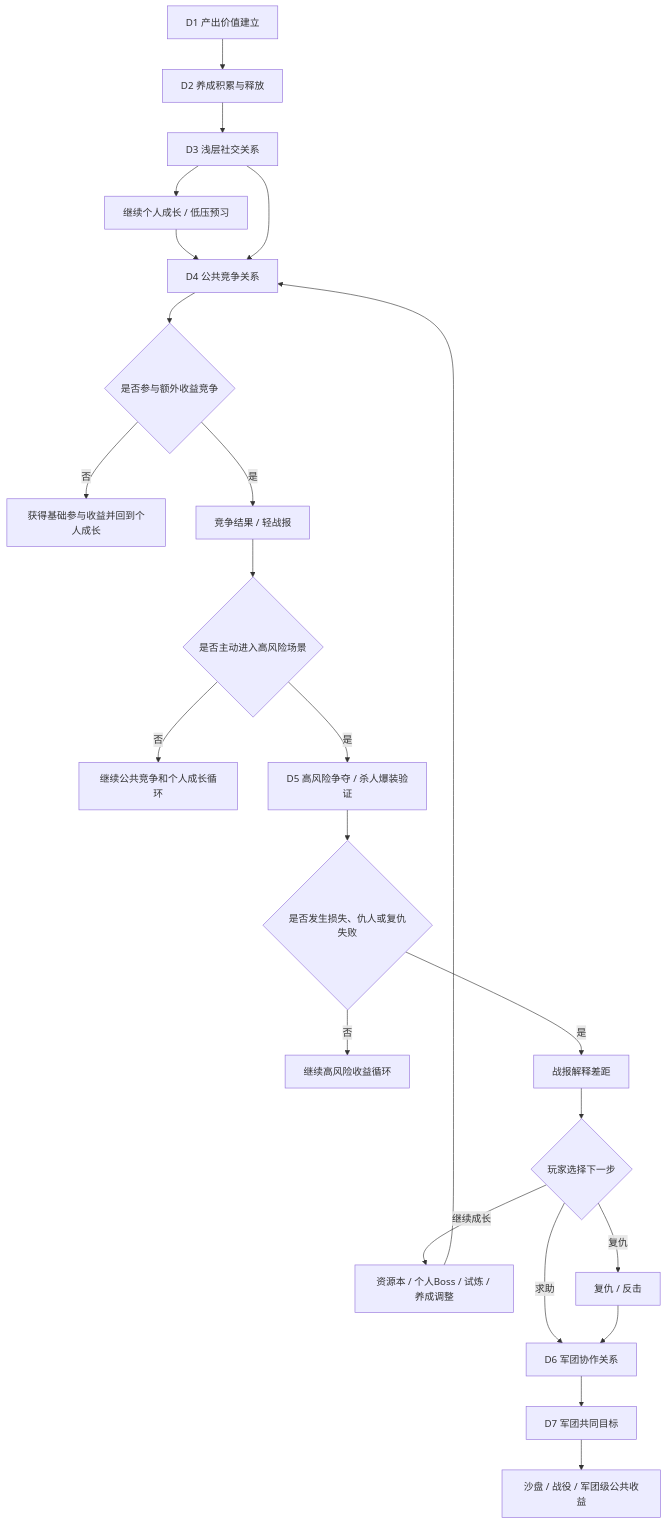
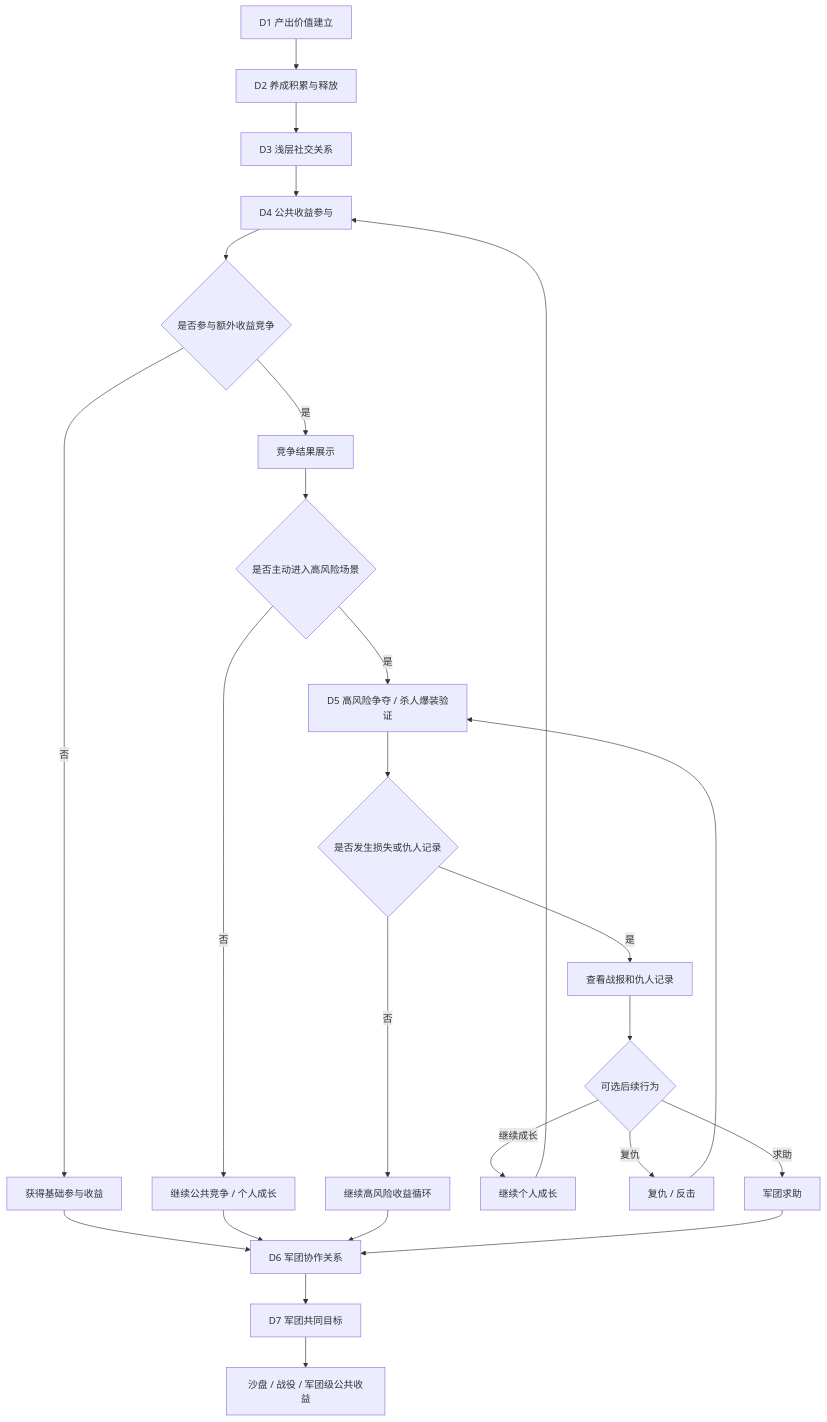
Before and after one commit to jeff931746-creator/Codex: the first of 2 diagrams in workspace/projects/开发中/FF-指尖战记/策划/输出/7日强社交功能链路/文档/FF-7日强社交功能链路细化设计稿.md, drawn with Mermaid. The commit also changed other lines of this file and 127 other files, not shown here.

````diff
--- a/workspace/projects/开发中/FF-指尖战记/策划/输出/7日强社交功能链路/文档/FF-7日强社交功能链路细化设计稿.md
+++ b/workspace/projects/开发中/FF-指尖战记/策划/输出/7日强社交功能链路/文档/FF-7日强社交功能链路细化设计稿.md
@@ -57,25 +57,27 @@
 ```mermaid
 flowchart TD
     A[D1 产出价值建立] --> B[D2 养成积累与释放]
     B --> C[D3 浅层社交关系]
-    C --> C1[继续个人成长 / 低压预习]
-    C1 --> D[D4 公共竞争关系]
-    C --> D
+    C --> D[D4 公共收益参与]
     D --> E{是否参与额外收益竞争}
-    E -- 否 --> E1[获得基础参与收益并回到个人成长]
-    E -- 是 --> F[竞争结果 / 轻战报]
+    E -- 否 --> E1[获得基础参与收益]
+    E -- 是 --> F[竞争结果展示]
+    E1 --> L[D6 军团协作关系]
     F --> G{是否主动进入高风险场景}
-    G -- 否 --> G1[继续公共竞争和个人成长循环]
+    G -- 否 --> G1[继续公共竞争 / 个人成长]
     G -- 是 --> H[D5 高风险争夺 / 杀人爆装验证]
-    H --> I{是否发生损失、仇人或复仇失败}
+    G1 --> L
+    H --> I{是否发生损失或仇人记录}
     I -- 否 --> I1[继续高风险收益循环]
-    I -- 是 --> J[战报解释差距]
-    J --> K{玩家选择下一步}
-    K -- 继续成长 --> K1[资源本 / 个人Boss / 试炼 / 养成调整]
+    I -- 是 --> J[查看战报和仇人记录]
+    I1 --> L
+    J --> K{可选后续行为}
+    K -- 继续成长 --> K1[继续个人成长]
     K -- 复仇 --> K2[复仇 / 反击]
-    K -- 求助 --> L[D6 军团协作关系]
+    K -- 求助 --> K3[军团求助]
     K1 --> D
-    K2 --> L
+    K2 --> H
+    K3 --> L
     L --> M[D7 军团共同目标]
     M --> N[沙盘 / 战役 / 军团级公共收益]
 ```
````
